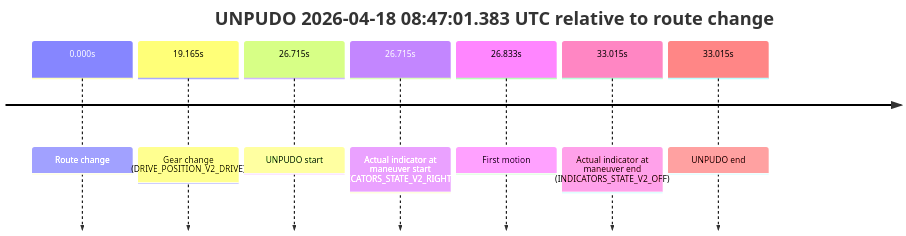
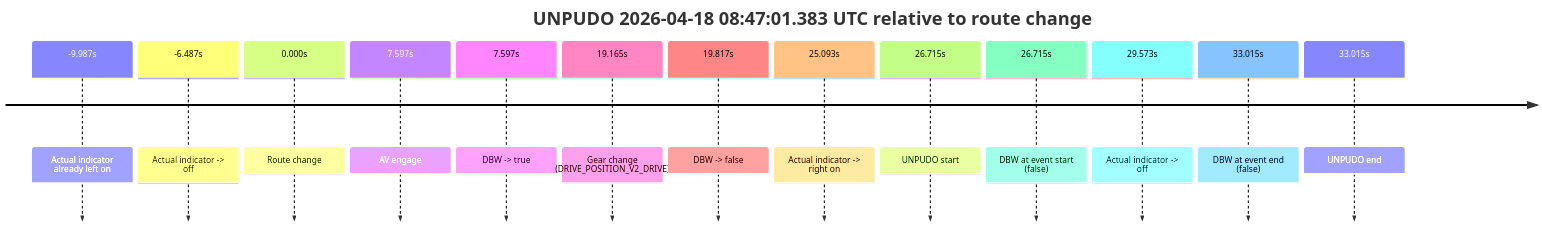
The third of 3 diagrams in model_analysis/report_cards/2026/04/Week-3/fme20002--2026-04-18--07-51-20--gen2-av-63d44bc9-3852-488f-bae8-ae90e778ebf0.md (yoelshapiro/vault), drawn with Mermaid before and after one commit. The commit also changed other lines of this file and 85 other files, not shown here.

````diff
--- a/model_analysis/report_cards/2026/04/Week-3/fme20002--2026-04-18--07-51-20--gen2-av-63d44bc9-3852-488f-bae8-ae90e778ebf0.md
+++ b/model_analysis/report_cards/2026/04/Week-3/fme20002--2026-04-18--07-51-20--gen2-av-63d44bc9-3852-488f-bae8-ae90e778ebf0.md
@@ -204,11 +224,17 @@
 ```mermaid
 timeline
     title UNPUDO 2026-04-18 08:47:01.383 UTC relative to route change
+    -9.987s : Actual indicator already left on
+    -6.487s : Actual indicator -> off
     0.000s : Route change
+    7.597s : AV engage
+    7.597s : DBW -> true
     19.165s : Gear change (DRIVE_POSITION_V2_DRIVE)
+    19.817s : DBW -> false
+    25.093s : Actual indicator -> right on
     26.715s : UNPUDO start
-    26.715s : Actual indicator at maneuver start (INDICATORS_STATE_V2_RIGHT_ON)
-    26.833s : First motion
-    33.015s : Actual indicator at maneuver end (INDICATORS_STATE_V2_OFF)
+    26.715s : DBW at event start (false)
+    29.573s : Actual indicator -> off
+    33.015s : DBW at event end (false)
     33.015s : UNPUDO end
 ```
````
